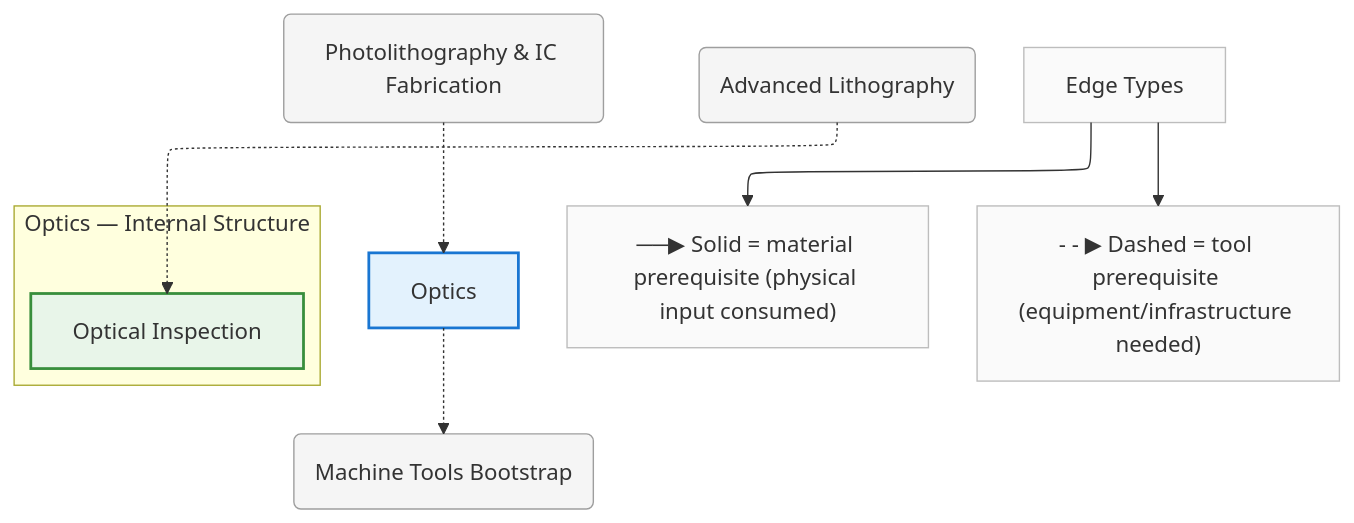
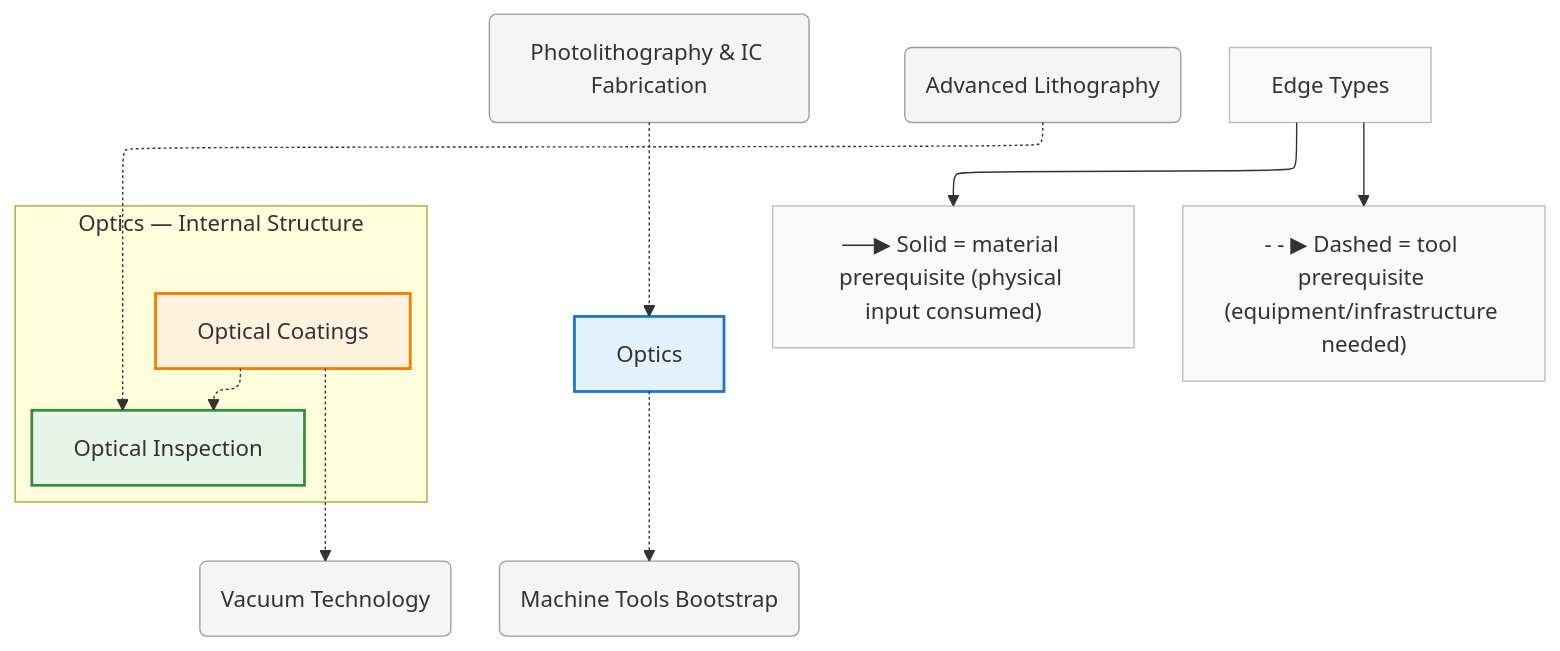
One commit to egofree/TechTree changed the diagram in diagrams/mermaid/optics.mmd. Above: the diagram before and after it, drawn with Mermaid. The commit also changed 14 other files, not shown here.

First line of the commit message:
chore(diagrams): regenerate all Mermaid diagrams from updated data

```diff
--- a/diagrams/mermaid/optics.mmd
+++ b/diagrams/mermaid/optics.mmd
@@ -1,43 +1,49 @@
 %%{init: {"flowchart": {"defaultRenderer": "elk", "htmlLabels": true}}}%%
 graph TD
     %% Domain: Optics
 
     %% ==================== INTERNAL NODES ====================
     subgraph optics_internal ["Optics — Internal Structure"]
         direction TB
         optics_inspection["Optical Inspection"]
+        optics_inspection_optical-coatings["Optical Coatings"]
     end
 
     %% ==================== DOMAIN NODE ====================
     optics["Optics"]
 
     %% ==================== EXTERNAL DEPENDENCIES ====================
+    gas-handling_vacuum("Vacuum Technology")
     machine-tools("Machine Tools Bootstrap")
     photolithography("Photolithography & IC Fabrication")
     vlsi-scaling_advanced-lithography("Advanced Lithography")
 
     %% ==================== EDGES ====================
+    optics_inspection_optical-coatings -.-> optics_inspection
     optics -.-> machine-tools
     photolithography -.-> optics
     vlsi-scaling_advanced-lithography -.-> optics_inspection
+    optics_inspection_optical-coatings -.-> gas-handling_vacuum
 
     %% ==================== EDGE TYPE LEGEND ====================
     EdgeLegend["Edge Types"]
     EdgeLegend --> MatNote["──▶ Solid = material prerequisite (physical input consumed)"]
     EdgeLegend --> ToolNote["- - ▶ Dashed = tool prerequisite (equipment/infrastructure needed)"]
 
     %% ==================== STYLING ====================
     classDef domain fill:#e3f2fd,stroke:#1976d2,stroke-width:2px
     classDef capability fill:#e8f5e9,stroke:#388e3c,stroke-width:2px
     classDef process fill:#fff3e0,stroke:#f57c00,stroke-width:2px
     classDef critical fill:#fff3e0,stroke:#f57c00,stroke-width:3px
     classDef earlyWin fill:#e8f5e9,stroke:#388e3c,stroke-width:3px
     classDef pinnacle fill:#fce4ec,stroke:#c62828,stroke-width:3px
     classDef external fill:#f5f5f5,stroke:#9e9e9e,stroke-width:1px
     classDef legend fill:#fafafa,stroke:#bdbdbd,stroke-width:1px
     class optics domain
     class optics_inspection capability
+    class optics_inspection_optical-coatings process
+    class gas-handling_vacuum external
     class machine-tools external
     class photolithography external
     class vlsi-scaling_advanced-lithography external
     class EdgeLegend,MatNote,ToolNote legend
```
